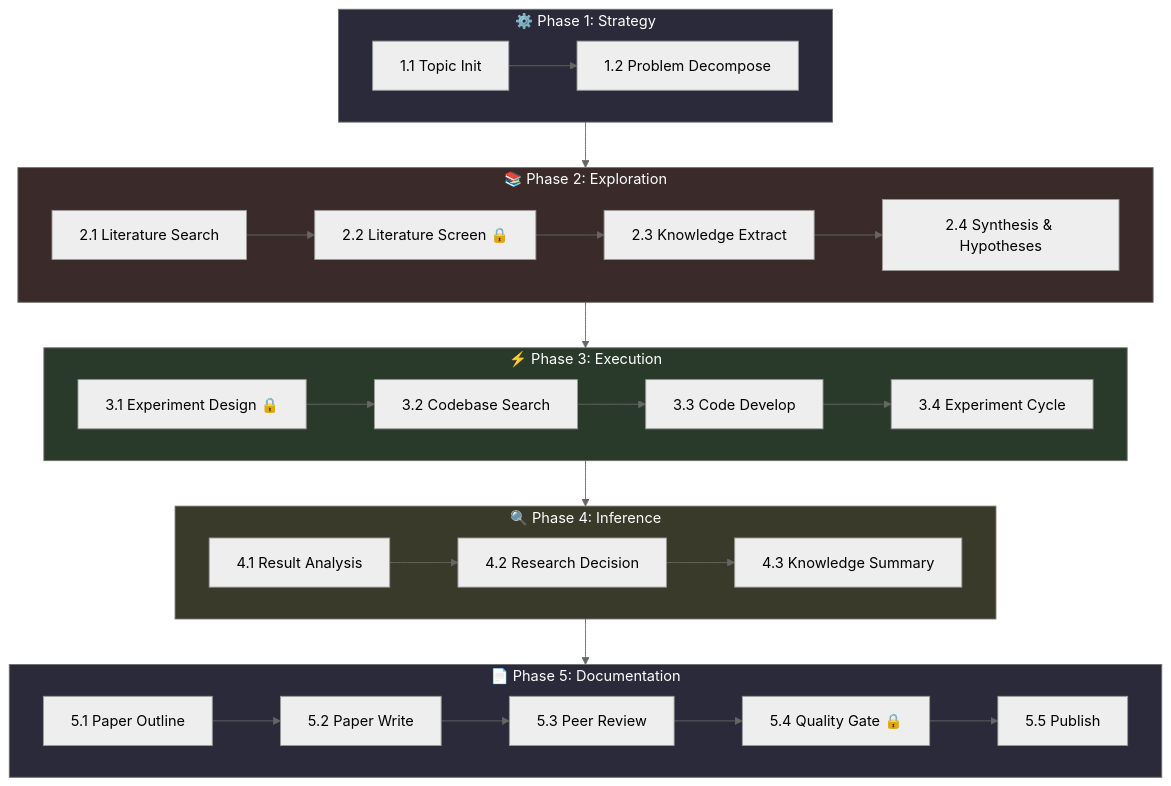
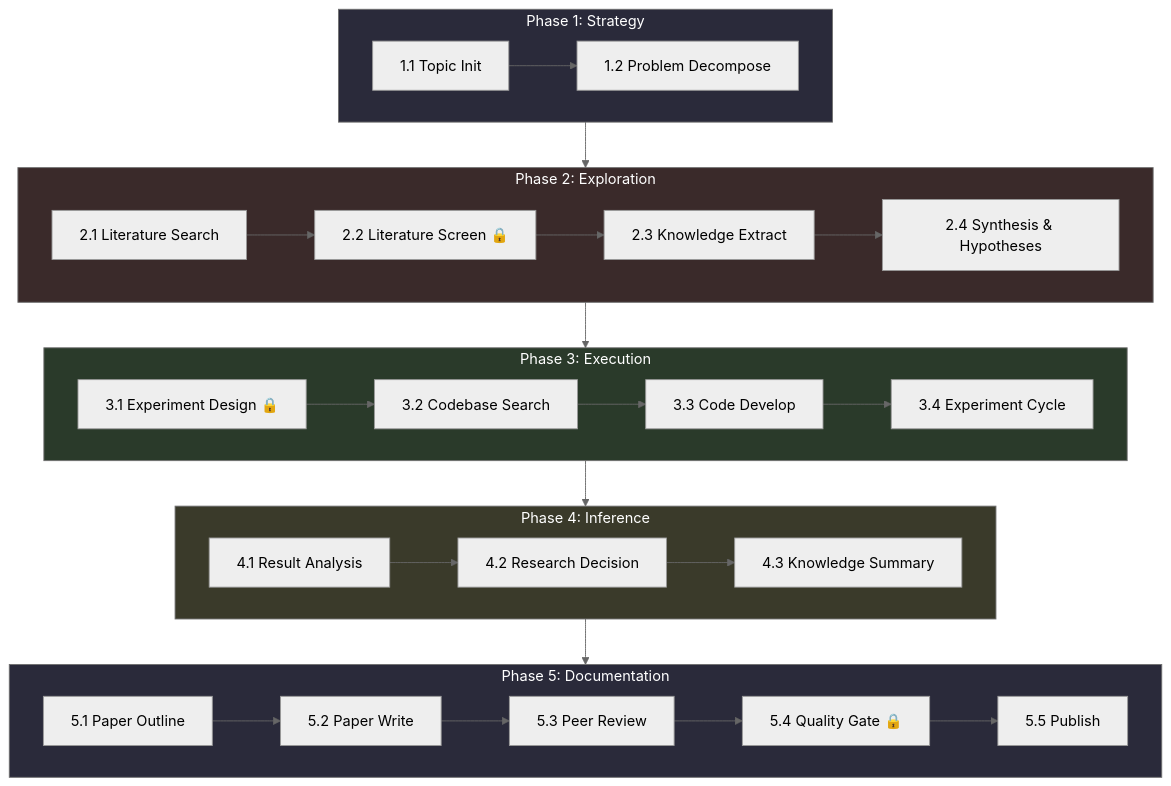
Before and after one commit to ClawHep/Mol-HEP-Lab: the diagram in README.md, drawn with Mermaid (neutral theme). The commit also changed other lines of this file and 72 other files, not shown here.

````diff
--- a/README.md
+++ b/README.md
@@ -56,51 +46,51 @@
 ```mermaid
 graph TD
-    subgraph Phase1["⚙️ Phase 1: Strategy"]
+    subgraph Phase1["Phase 1: Strategy"]
         S1.1["1.1 Topic Init"]
         S1.2["1.2 Problem Decompose"]
         S1.1 --> S1.2
     end
 
-    subgraph Phase2["📚 Phase 2: Exploration"]
+    subgraph Phase2["Phase 2: Exploration"]
         S2.1["2.1 Literature Search"]
         S2.2["2.2 Literature Screen 🔒"]
         S2.3["2.3 Knowledge Extract"]
         S2.4["2.4 Synthesis & Hypotheses"]
         S2.1 --> S2.2 --> S2.3 --> S2.4
     end
 
-    subgraph Phase3["⚡ Phase 3: Execution"]
+    subgraph Phase3["Phase 3: Execution"]
         S3.1["3.1 Experiment Design 🔒"]
         S3.2["3.2 Codebase Search"]
         S3.3["3.3 Code Develop"]
         S3.4["3.4 Experiment Cycle"]
         S3.1 --> S3.2 --> S3.3 --> S3.4
     end
 
-    subgraph Phase4["🔍 Phase 4: Inference"]
+    subgraph Phase4["Phase 4: Inference"]
         S4.1["4.1 Result Analysis"]
         S4.2["4.2 Research Decision"]
         S4.3["4.3 Knowledge Summary"]
         S4.1 --> S4.2 --> S4.3
     end
 
-    subgraph Phase5["📄 Phase 5: Documentation"]
+    subgraph Phase5["Phase 5: Documentation"]
         S5.1["5.1 Paper Outline"]
         S5.2["5.2 Paper Write"]
         S5.3["5.3 Peer Review"]
         S5.4["5.4 Quality Gate 🔒"]
         S5.5["5.5 Publish"]
         S5.1 --> S5.2 --> S5.3 --> S5.4 --> S5.5
     end
 
     Phase1 --> Phase2
     Phase2 --> Phase3
     Phase3 --> Phase4
     Phase4 --> Phase5
 
     style Phase1 fill:#2a2a3a,color:#fff
     style Phase2 fill:#3a2a2a,color:#fff
     style Phase3 fill:#2a3a2a,color:#fff
     style Phase4 fill:#3a3a2a,color:#fff
     style Phase5 fill:#2a2a3a,color:#fff
 ```
````
